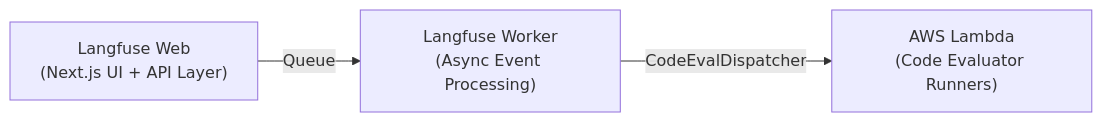
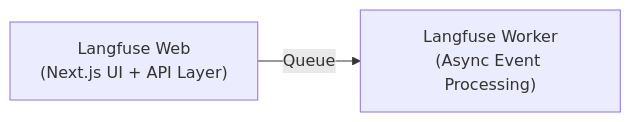
One commit to langfuse/langfuse-docs changed the first of 4 diagrams in content/handbook/product-engineering/architecture.mdx. Above: the diagram before and after it, drawn with Mermaid. The commit also changed other lines of this file, not shown here.

Commit message:
docs(handbook): separate evaluation architecture layer

````diff
--- a/content/handbook/product-engineering/architecture.mdx
+++ b/content/handbook/product-engineering/architecture.mdx
@@ -13,9 +13,7 @@
 ```mermaid
 graph LR
     Web["Langfuse Web<br/>(Next.js UI + API Layer)"]
     Worker["Langfuse Worker<br/>(Async Event Processing)"]
-    CodeEval["AWS Lambda<br/>(Code Evaluator Runners)"]
 
     Web -->|Queue| Worker
-    Worker -->|CodeEvalDispatcher| CodeEval
 ```
````
